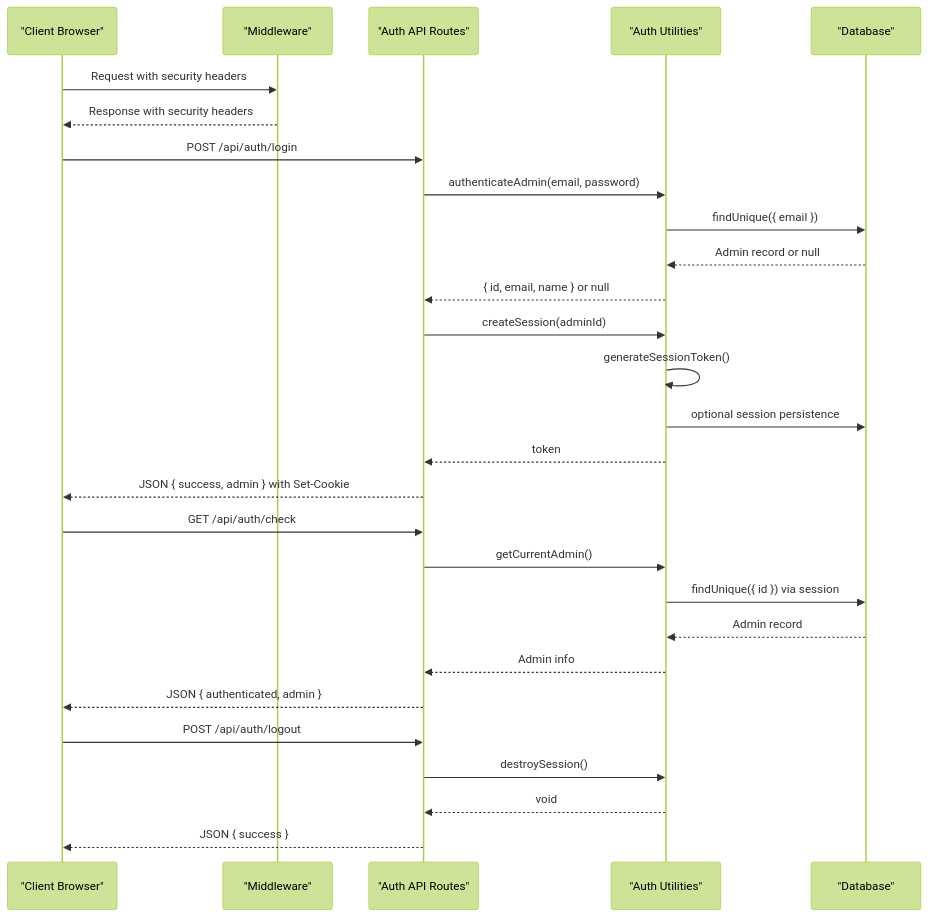
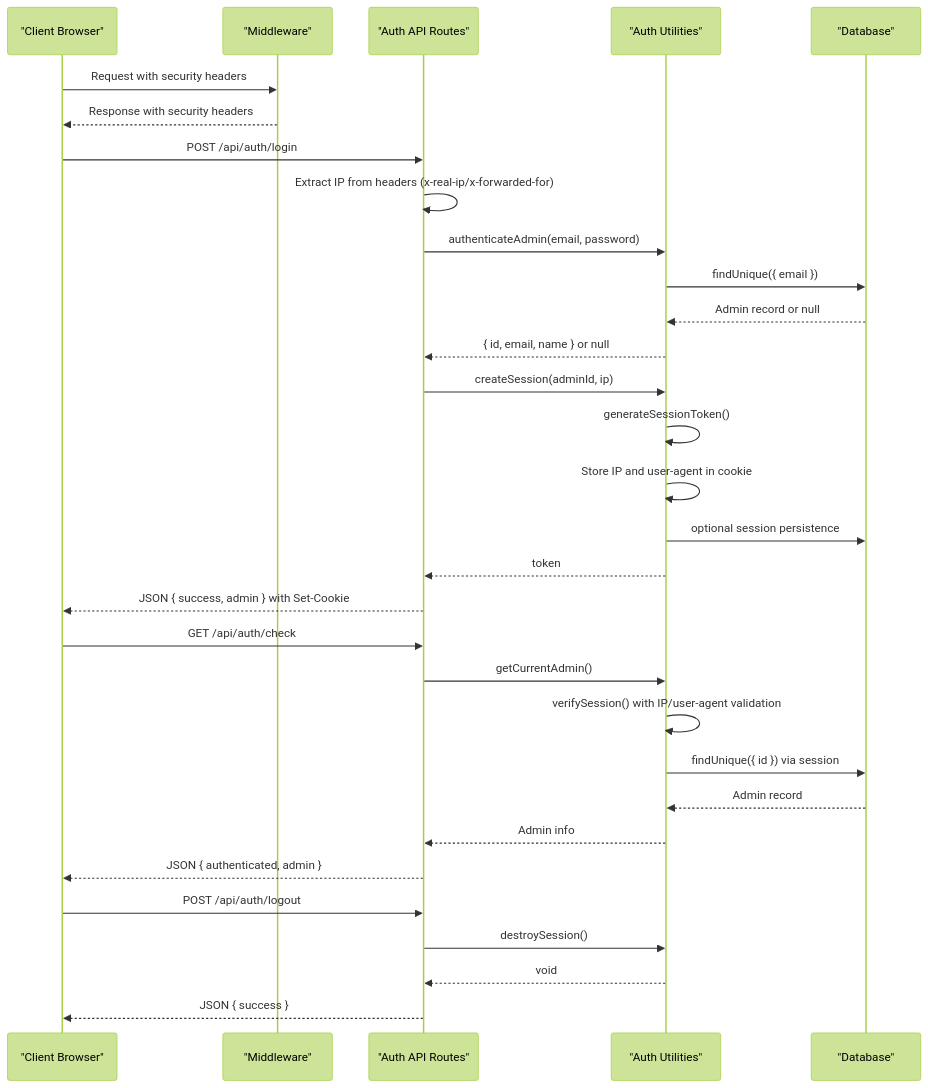
Before and after one commit to xLegarda/GreenAxis: the second of 7 diagrams in .qoder/repowiki/en/content/Security Implementation/Authentication System.md, drawn with Mermaid (forest theme). The commit also changed other lines of this file and 42 other files, not shown here.

````diff
--- a/.qoder/repowiki/en/content/Security Implementation/Authentication System.md
+++ b/.qoder/repowiki/en/content/Security Implementation/Authentication System.md
@@ -128,30 +138,33 @@
 ```mermaid
 sequenceDiagram
 participant Client as "Client Browser"
 participant MW as "Middleware"
 participant API as "Auth API Routes"
 participant Util as "Auth Utilities"
 participant DB as "Database"
 Client->>MW : Request with security headers
 MW-->>Client : Response with security headers
 Client->>API : POST /api/auth/login
+API->>API : Extract IP from headers (x-real-ip/x-forwarded-for)
 API->>Util : authenticateAdmin(email, password)
 Util->>DB : findUnique({ email })
 DB-->>Util : Admin record or null
 Util-->>API : { id, email, name } or null
-API->>Util : createSession(adminId)
+API->>Util : createSession(adminId, ip)
 Util->>Util : generateSessionToken()
+Util->>Util : Store IP and user-agent in cookie
 Util->>DB : optional session persistence
 Util-->>API : token
 API-->>Client : JSON { success, admin } with Set-Cookie
 Client->>API : GET /api/auth/check
 API->>Util : getCurrentAdmin()
+Util->>Util : verifySession() with IP/user-agent validation
 Util->>DB : findUnique({ id }) via session
 DB-->>Util : Admin record
 Util-->>API : Admin info
 API-->>Client : JSON { authenticated, admin }
 Client->>API : POST /api/auth/logout
 API->>Util : destroySession()
 Util-->>API : void
 API-->>Client : JSON { success }
 ```
````
